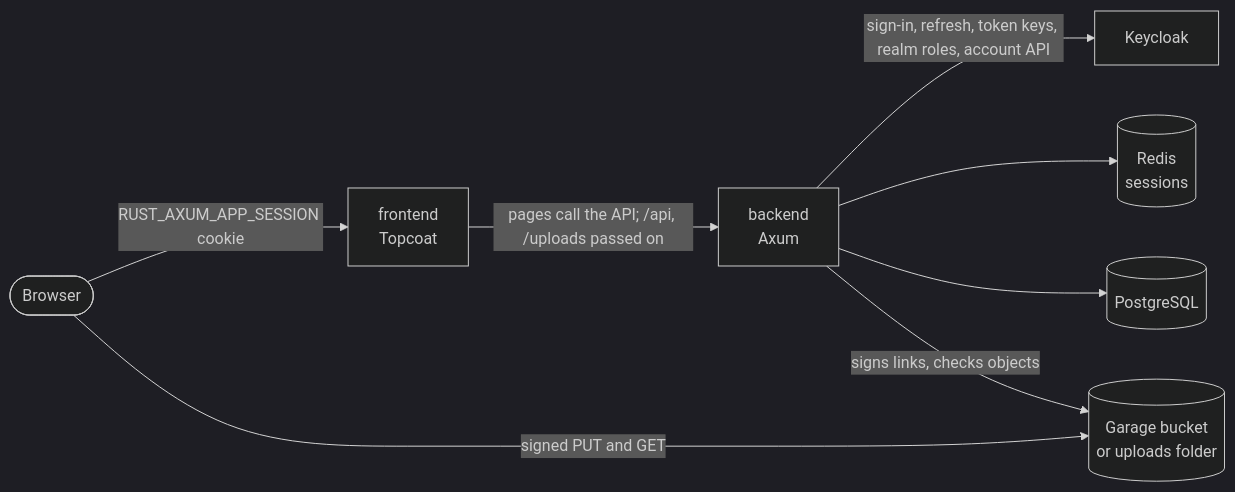
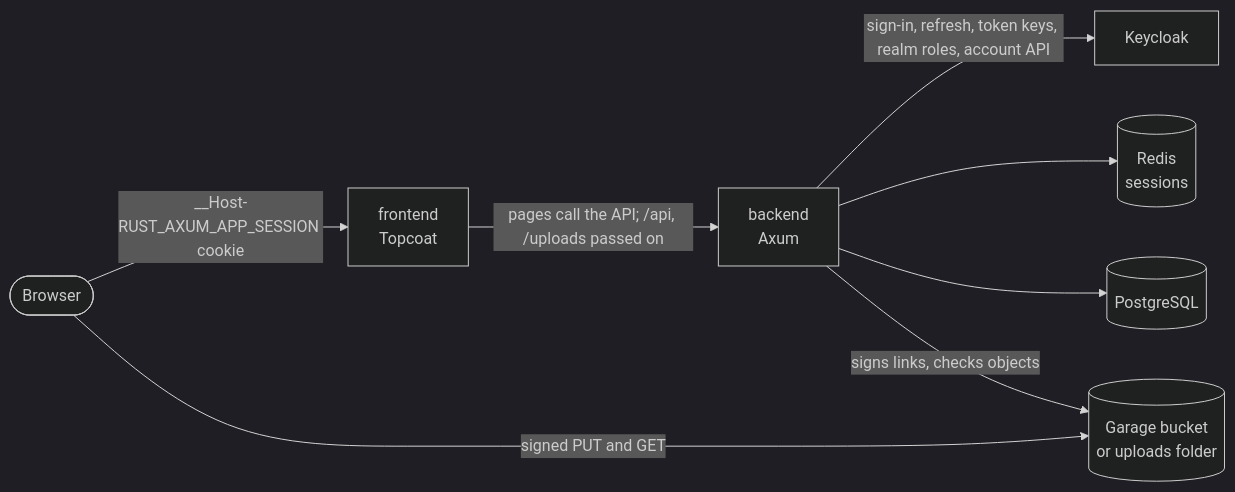
One commit to vertyll/rust-axum-app changed the diagram in docs/architecture.md. Above: the diagram before and after it, drawn with Mermaid (dark theme). The commit also changed 27 other files, not shown here.

Commit message:
fix(config): reconnect to Redis, time out calls, secure the session cookie and validate settings at startup

````diff
--- a/docs/architecture.md
+++ b/docs/architecture.md
@@ -5,18 +5,18 @@
 ```mermaid
 flowchart LR
     browser([Browser])
     front["frontend<br/>Topcoat"]
     back["backend<br/>Axum"]
     kc[Keycloak]
     redis[("Redis<br/>sessions")]
     pg[(PostgreSQL)]
     files[("Garage bucket<br/>or uploads folder")]
 
-    browser -- "RUST_AXUM_APP_SESSION cookie" --> front
+    browser -- "__Host-RUST_AXUM_APP_SESSION cookie" --> front
     front -- "pages call the API; /api, /uploads passed on" --> back
     back -- "sign-in, refresh, token keys, realm roles, account API" --> kc
     back --> redis
     back --> pg
     back -- "signs links, checks objects" --> files
     browser -- "signed PUT and GET" --> files
 ```
````
